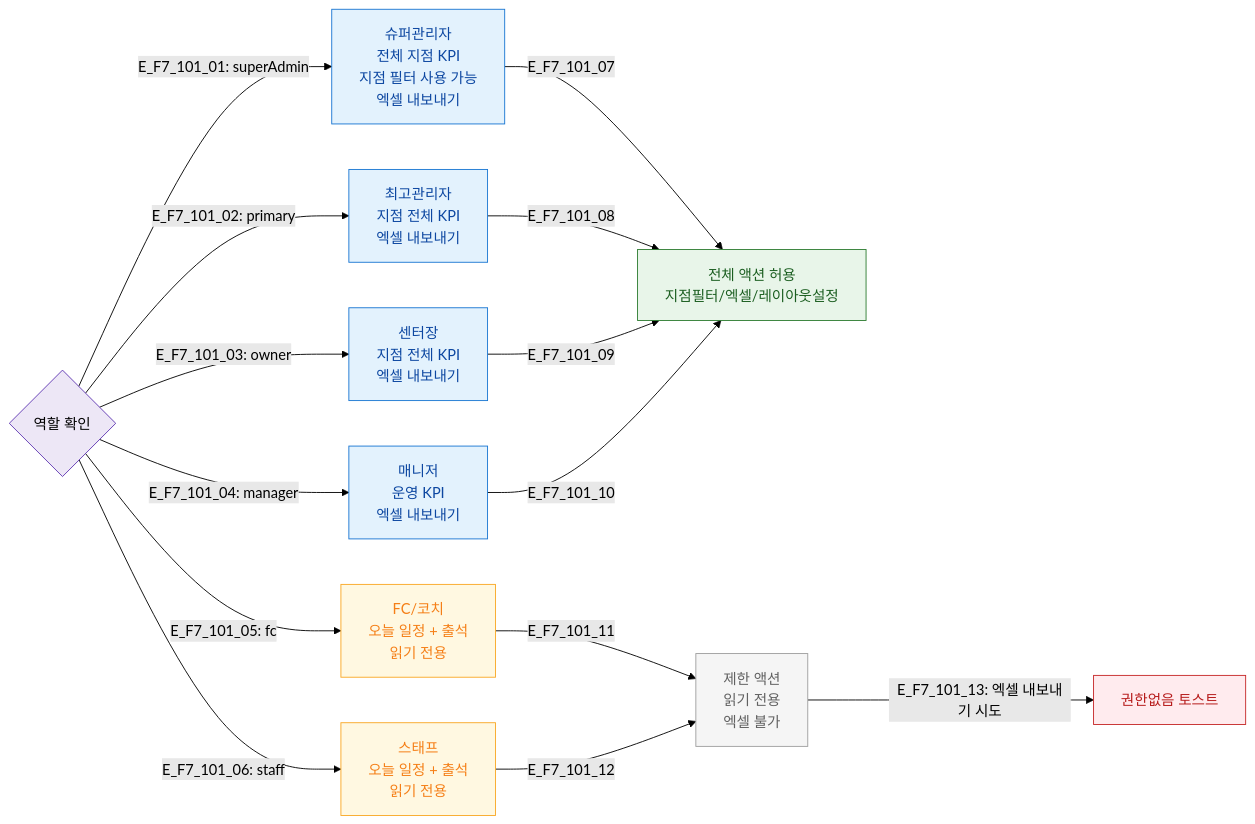
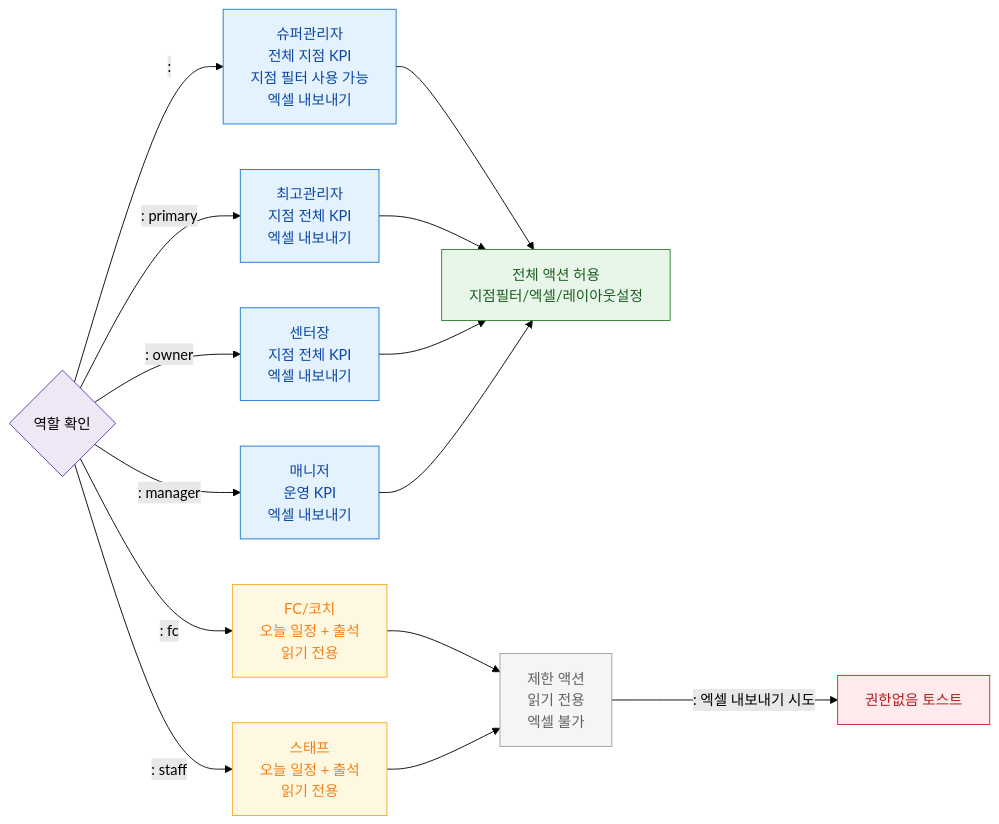
The diagram in docs/다이어그램/D01_공통/SCR-101_대시보드_통합/F7_권한.md (dev-spogym/admin-pando), drawn with Mermaid (forest theme) before and after one commit. The commit also changed other lines of this file and 1660 other files, not shown here.

First line of the commit message:
다이어그램: 기획자/클라이언트 납품본으로 정리

````diff
--- a/docs/다이어그램/D01_공통/SCR-101_대시보드_통합/F7_권한.md
+++ b/docs/다이어그램/D01_공통/SCR-101_대시보드_통합/F7_권한.md
@@ -19,33 +17,33 @@
 ```mermaid
 flowchart LR
     ROLE{역할 확인}
 
-    ROLE -->|"E_F7_101_01: superAdmin"| SA[슈퍼관리자\n전체 지점 KPI\n지점 필터 사용 가능\n엑셀 내보내기]
-    ROLE -->|"E_F7_101_02: primary"| PR[최고관리자\n지점 전체 KPI\n엑셀 내보내기]
-    ROLE -->|"E_F7_101_03: owner"| OW[센터장\n지점 전체 KPI\n엑셀 내보내기]
-    ROLE -->|"E_F7_101_04: manager"| MG[매니저\n운영 KPI\n엑셀 내보내기]
-    ROLE -->|"E_F7_101_05: fc"| FC[FC/코치\n오늘 일정 + 출석\n읽기 전용]
-    ROLE -->|"E_F7_101_06: staff"| ST[스태프\n오늘 일정 + 출석\n읽기 전용]
+    ROLE -->|": "|SA[슈퍼관리자\n전체 지점 KPI\n지점 필터 사용 가능\n엑셀 내보내기]
+    ROLE -->|": primary"|PR[최고관리자\n지점 전체 KPI\n엑셀 내보내기]
+    ROLE -->|": owner"|OW[센터장\n지점 전체 KPI\n엑셀 내보내기]
+    ROLE -->|": manager"|MG[매니저\n운영 KPI\n엑셀 내보내기]
+    ROLE -->|": fc"|FC[FC/코치\n오늘 일정 + 출석\n읽기 전용]
+    ROLE -->|": staff"|ST[스태프\n오늘 일정 + 출석\n읽기 전용]
 
-    SA -->|E_F7_101_07| ACT_FULL[전체 액션 허용\n지점필터/엑셀/레이아웃설정]
-    PR -->|E_F7_101_08| ACT_FULL
-    OW -->|E_F7_101_09| ACT_FULL
-    MG -->|E_F7_101_10| ACT_FULL
-    FC -->|E_F7_101_11| ACT_LIMITED[제한 액션\n읽기 전용\n엑셀 불가]
-    ST -->|E_F7_101_12| ACT_LIMITED
+    SA --> ACT_FULL[전체 액션 허용\n지점필터/엑셀/레이아웃설정]
+    PR --> ACT_FULL
+    OW --> ACT_FULL
+    MG --> ACT_FULL
+    FC --> ACT_LIMITED[제한 액션\n읽기 전용\n엑셀 불가]
+    ST --> ACT_LIMITED
 
-    ACT_LIMITED -->|"E_F7_101_13: 엑셀 내보내기 시도"| BLOCKED[권한없음 토스트]
+    ACT_LIMITED -->|": 엑셀 내보내기 시도"|BLOCKED[권한없음 토스트]
 
-    classDef screen      fill:#E3F2FD,stroke:#1976D2,color:#0D47A1
-    classDef success     fill:#E8F5E9,stroke:#2E7D32,color:#1B5E20
-    classDef warning     fill:#FFF8E1,stroke:#F9A825,color:#F57F17
-    classDef error       fill:#FFEBEE,stroke:#C62828,color:#B71C1C
+    classDef screen fill:#E3F2FD,stroke:#1976D2,color:#0D47A1
+    classDef success fill:#E8F5E9,stroke:#2E7D32,color:#1B5E20
+    classDef warning fill:#FFF8E1,stroke:#F9A825,color:#F57F17
+    classDef error fill:#FFEBEE,stroke:#C62828,color:#B71C1C
     classDef rbacBlocked fill:#F5F5F5,stroke:#9E9E9E,color:#616161
-    classDef system      fill:#EDE7F6,stroke:#5E35B2
+    classDef system fill:#EDE7F6,stroke:#5E35B2
     class SA,PR,OW,MG screen
     class FC,ST warning
     class ACT_FULL success
     class ACT_LIMITED rbacBlocked
     class BLOCKED error
     class ROLE system
 ```
````
